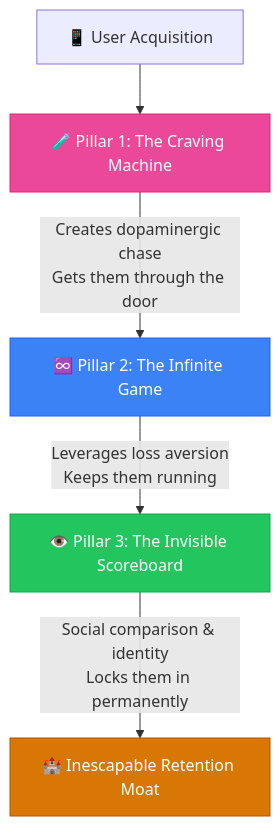
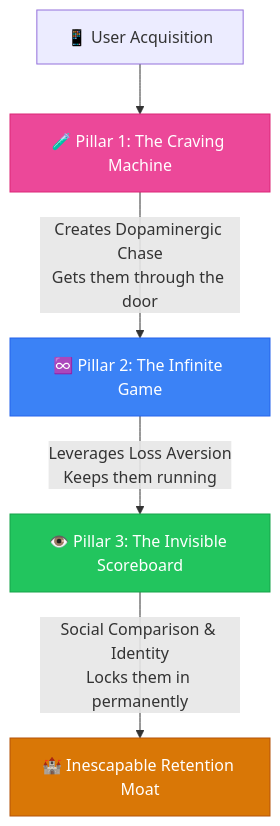
Before and after one commit to DimKouts84/product_management_development_wiki: the diagram in wiki/06-metrics/retention-psychology.md, drawn with Mermaid. The commit also changed other lines of this file and 3 other files, not shown here.

````diff
--- a/wiki/06-metrics/retention-psychology.md
+++ b/wiki/06-metrics/retention-psychology.md
@@ -21,12 +22,12 @@
 ```mermaid
 graph TD
     A["📱 User Acquisition"] --> B["🧪 Pillar 1: The Craving Machine"]
-    B -->|"Creates dopaminergic chase\nGets them through the door"| C["♾️ Pillar 2: The Infinite Game"]
-    C -->|"Leverages loss aversion\nKeeps them running"| D["👁️ Pillar 3: The Invisible Scoreboard"]
-    D -->|"Social comparison & identity\nLocks them in permanently"| E["🏰 Inescapable Retention Moat"]
+    B -->|"Creates Dopaminergic Chase\nGets them through the door"| C["♾️ Pillar 2: The Infinite Game"]
+    C -->|"Leverages Loss Aversion\nKeeps them running"| D["👁️ Pillar 3: The Invisible Scoreboard"]
+    D -->|"Social Comparison & Identity\nLocks them in permanently"| E["🏰 Inescapable Retention Moat"]
 
     style B fill:#ec4899,stroke:#db2777,color:#fff
     style C fill:#3b82f6,stroke:#2563eb,color:#fff
     style D fill:#22c55e,stroke:#16a34a,color:#fff
     style E fill:#d97706,stroke:#b45309,color:#fff
 ```
````
